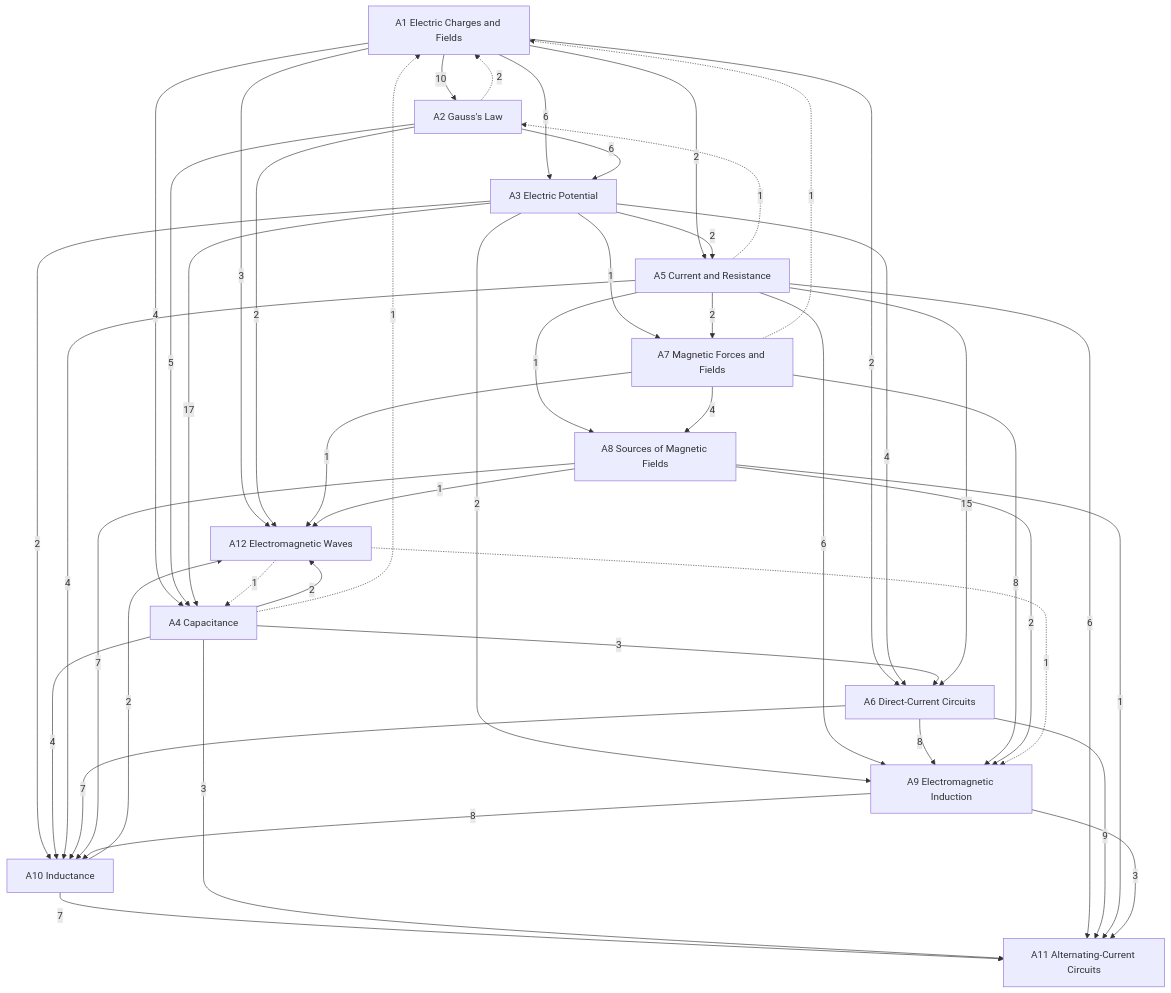
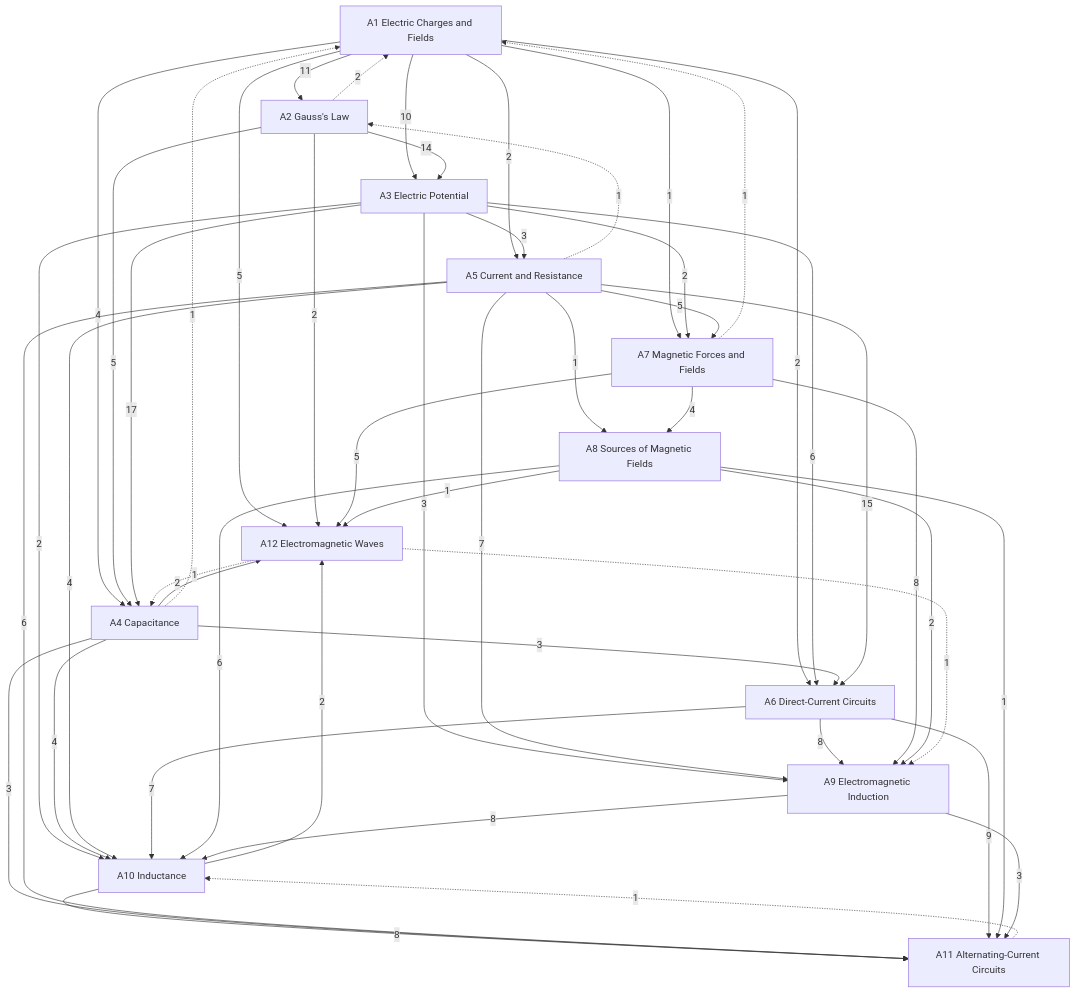
The diagram in Physics/Electromagnetism/Electromagnetism.md (Onion20040508/notes), drawn with Mermaid before and after one commit. The commit also changed 99 other files, not shown here.

````diff
--- a/Physics/Electromagnetism/Electromagnetism.md
+++ b/Physics/Electromagnetism/Electromagnetism.md
@@ -31,60 +31,62 @@
 ```mermaid
 graph TD
   A1["A1 Electric Charges and Fields"]
   A2["A2 Gauss's Law"]
   A3["A3 Electric Potential"]
   A4["A4 Capacitance"]
   A5["A5 Current and Resistance"]
   A6["A6 Direct-Current Circuits"]
   A7["A7 Magnetic Forces and Fields"]
   A8["A8 Sources of Magnetic Fields"]
   A9["A9 Electromagnetic Induction"]
   A10["A10 Inductance"]
   A11["A11 Alternating-Current Circuits"]
   A12["A12 Electromagnetic Waves"]
   A3 -->|2| A10
   A4 -->|4| A10
   A5 -->|4| A10
   A6 -->|7| A10
-  A8 -->|7| A10
+  A8 -->|6| A10
   A9 -->|8| A10
-  A10 -->|7| A11
+  A10 -->|8| A11
   A4 -->|3| A11
   A5 -->|6| A11
   A6 -->|9| A11
   A8 -->|1| A11
   A9 -->|3| A11
-  A1 -->|3| A12
+  A1 -->|5| A12
   A10 -->|2| A12
   A2 -->|2| A12
   A4 -->|2| A12
-  A7 -->|1| A12
+  A7 -->|5| A12
   A8 -->|1| A12
-  A1 -->|10| A2
-  A1 -->|6| A3
-  A2 -->|6| A3
+  A1 -->|11| A2
+  A1 -->|10| A3
+  A2 -->|14| A3
   A1 -->|4| A4
   A2 -->|5| A4
   A3 -->|17| A4
   A1 -->|2| A5
-  A3 -->|2| A5
+  A3 -->|3| A5
   A1 -->|2| A6
-  A3 -->|4| A6
+  A3 -->|6| A6
   A4 -->|3| A6
   A5 -->|15| A6
-  A3 -->|1| A7
-  A5 -->|2| A7
+  A1 -->|1| A7
+  A3 -->|2| A7
+  A5 -->|5| A7
   A5 -->|1| A8
   A7 -->|4| A8
-  A3 -->|2| A9
-  A5 -->|6| A9
+  A3 -->|3| A9
+  A5 -->|7| A9
   A6 -->|8| A9
   A7 -->|8| A9
   A8 -->|2| A9
   A2 -.->|2| A1
   A4 -.->|1| A1
   A7 -.->|1| A1
+  A11 -.->|1| A10
   A5 -.->|1| A2
   A12 -.->|1| A4
   A12 -.->|1| A9
 ```
````
